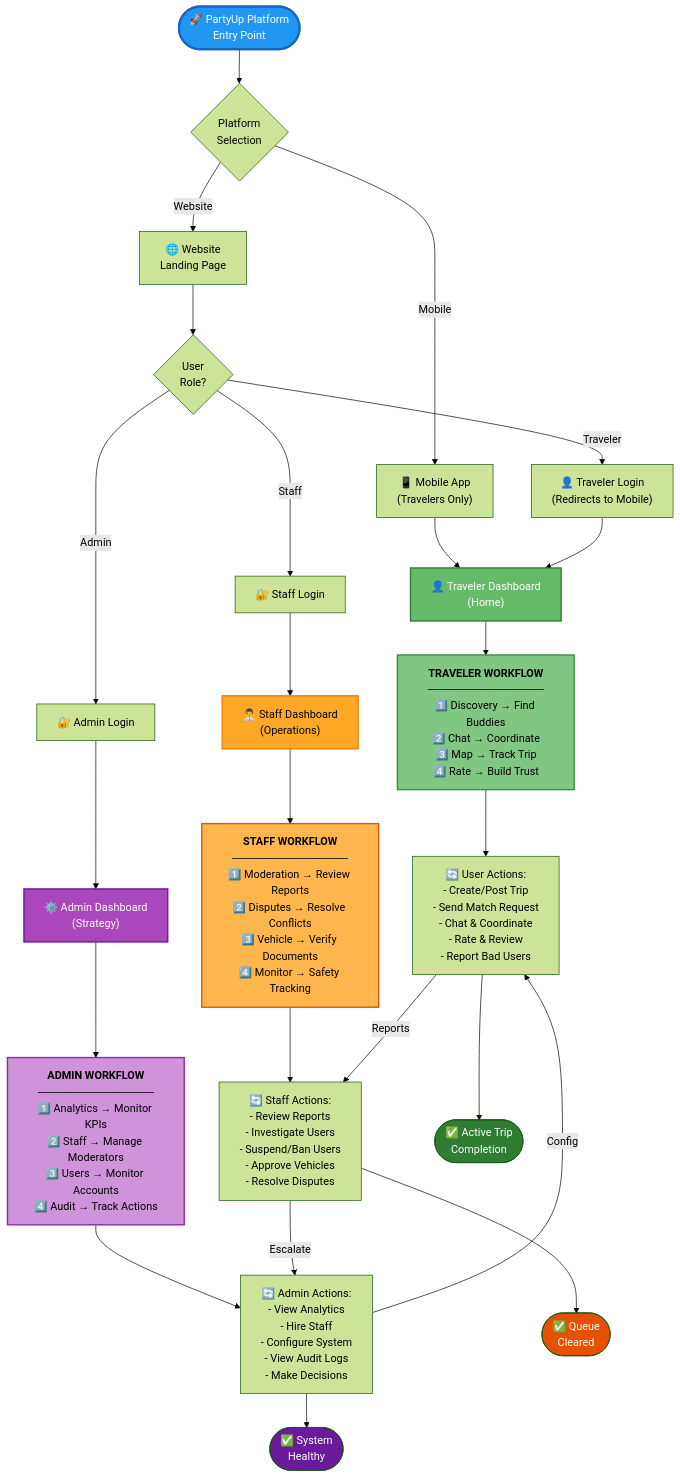
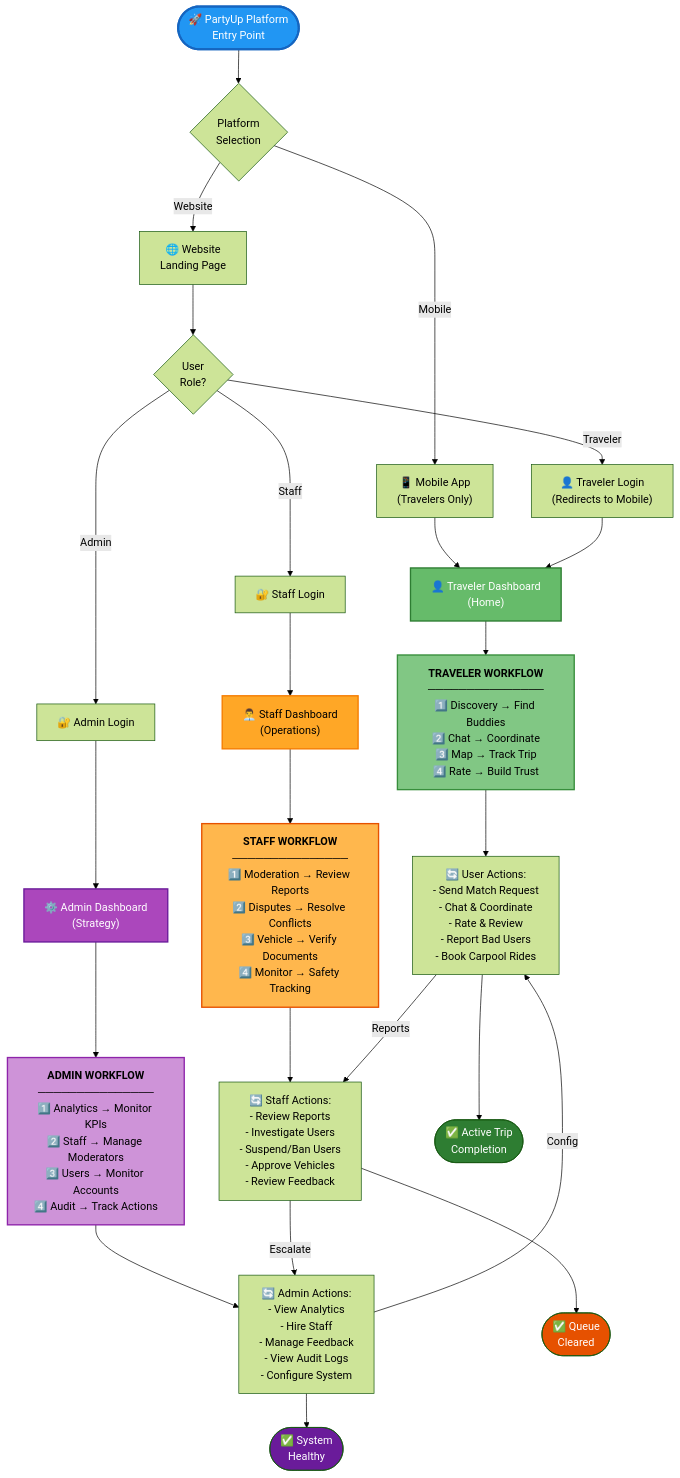
One commit to qtr-deagle/PartyUp changed the second of 8 diagrams in COMPLETE_SYSTEM_FLOWCHART.md. Above: the diagram before and after it, drawn with Mermaid (forest theme). The commit also changed other lines of this file and 41 other files, not shown here.

First line of the commit message:
Add ID verification with AI similarity scoring, revamp staff/admin UI

````diff
--- a/COMPLETE_SYSTEM_FLOWCHART.md
+++ b/COMPLETE_SYSTEM_FLOWCHART.md
@@ -11,49 +68,49 @@
 ```mermaid
 graph TB
     Start(["🚀 PartyUp Platform<br/>Entry Point"]) --> PlatformCheck{"Platform<br/>Selection"}
     
     PlatformCheck -->|Mobile| MobilePath["📱 Mobile App<br/>(Travelers Only)"]
     PlatformCheck -->|Website| WebPath["🌐 Website<br/>Landing Page"]
     
     WebPath --> RoleCheck{"User<br/>Role?"}
     
     RoleCheck -->|Traveler| TravelerLogin["👤 Traveler Login<br/>(Redirects to Mobile)"]
     RoleCheck -->|Staff| StaffLogin["🔐 Staff Login"]
     RoleCheck -->|Admin| AdminLogin["🔐 Admin Login"]
     
     MobilePath --> TravelerDash["👤 Traveler Dashboard<br/>(Home)"]
     TravelerLogin --> TravelerDash
     StaffLogin --> StaffDash["👨‍💼 Staff Dashboard<br/>(Operations)"]
     AdminLogin --> AdminDash["⚙️ Admin Dashboard<br/>(Strategy)"]
     
     TravelerDash --> TravelerFlow["<b>TRAVELER WORKFLOW</b><br/>───────────────<br/>1️⃣ Discovery → Find Buddies<br/>2️⃣ Chat → Coordinate<br/>3️⃣ Map → Track Trip<br/>4️⃣ Rate → Build Trust"]
     
     StaffDash --> StaffFlow["<b>STAFF WORKFLOW</b><br/>───────────────<br/>1️⃣ Moderation → Review Reports<br/>2️⃣ Disputes → Resolve Conflicts<br/>3️⃣ Vehicle → Verify Documents<br/>4️⃣ Monitor → Safety Tracking"]
     
     AdminDash --> AdminFlow["<b>ADMIN WORKFLOW</b><br/>───────────────<br/>1️⃣ Analytics → Monitor KPIs<br/>2️⃣ Staff → Manage Moderators<br/>3️⃣ Users → Monitor Accounts<br/>4️⃣ Audit → Track Actions"]
     
-    TravelerFlow --> TravelerInteraction["🔄 User Actions:<br/>- Create/Post Trip<br/>- Send Match Request<br/>- Chat & Coordinate<br/>- Rate & Review<br/>- Report Bad Users"]
+    TravelerFlow --> TravelerInteraction["🔄 User Actions:<br/>- Send Match Request<br/>- Chat & Coordinate<br/>- Rate & Review<br/>- Report Bad Users<br/>- Book Carpool Rides"]
     
-    StaffFlow --> StaffInteraction["🔄 Staff Actions:<br/>- Review Reports<br/>- Investigate Users<br/>- Suspend/Ban Users<br/>- Approve Vehicles<br/>- Resolve Disputes"]
+    StaffFlow --> StaffInteraction["🔄 Staff Actions:<br/>- Review Reports<br/>- Investigate Users<br/>- Suspend/Ban Users<br/>- Approve Vehicles<br/>- Review Feedback"]
     
-    AdminFlow --> AdminInteraction["🔄 Admin Actions:<br/>- View Analytics<br/>- Hire Staff<br/>- Configure System<br/>- View Audit Logs<br/>- Make Decisions"]
+    AdminFlow --> AdminInteraction["🔄 Admin Actions:<br/>- View Analytics<br/>- Hire Staff<br/>- Manage Feedback<br/>- View Audit Logs<br/>- Configure System"]
     
     TravelerInteraction -->|Reports| StaffInteraction
     StaffInteraction -->|Escalate| AdminInteraction
     AdminInteraction -->|Config| TravelerInteraction
     
     TravelerInteraction --> End1(["✅ Active Trip<br/>Completion"])
     StaffInteraction --> End2(["✅ Queue<br/>Cleared"])
     AdminInteraction --> End3(["✅ System<br/>Healthy"])
     
     style Start fill:#2196f3,color:#fff,stroke:#1565c0,stroke-width:3px
     style TravelerDash fill:#66bb6a,color:#fff,stroke:#2e7d32,stroke-width:2px
     style StaffDash fill:#ffa726,color:#000,stroke:#f57c00,stroke-width:2px
     style AdminDash fill:#ab47bc,color:#fff,stroke:#6a1b9a,stroke-width:2px
     style TravelerFlow fill:#81c784,color:#000,stroke:#388e3c,stroke-width:2px
     style StaffFlow fill:#ffb74d,color:#000,stroke:#e65100,stroke-width:2px
     style AdminFlow fill:#ce93d8,color:#000,stroke:#8e24aa,stroke-width:2px
     style End1 fill:#2e7d32,color:#fff
     style End2 fill:#e65100,color:#fff
     style End3 fill:#6a1b9a,color:#fff
 ```
````
